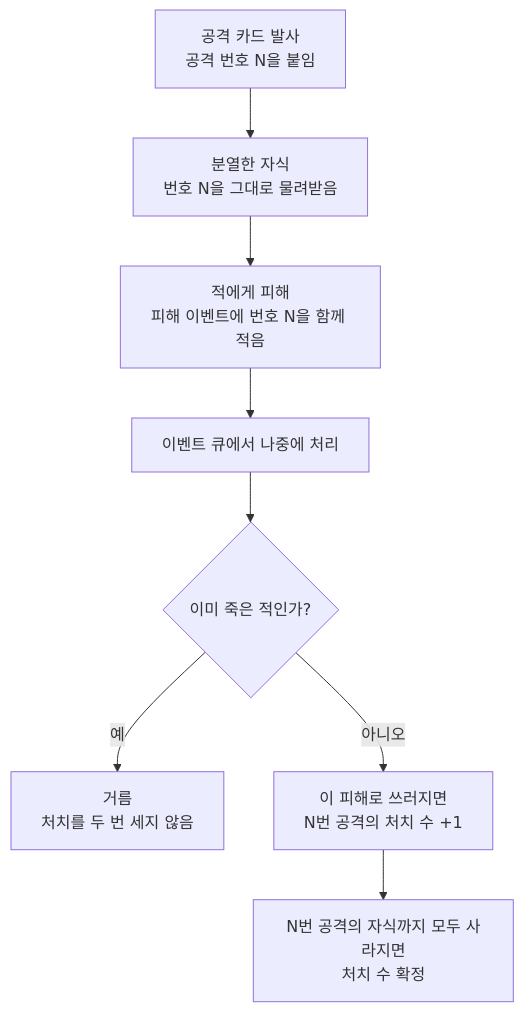
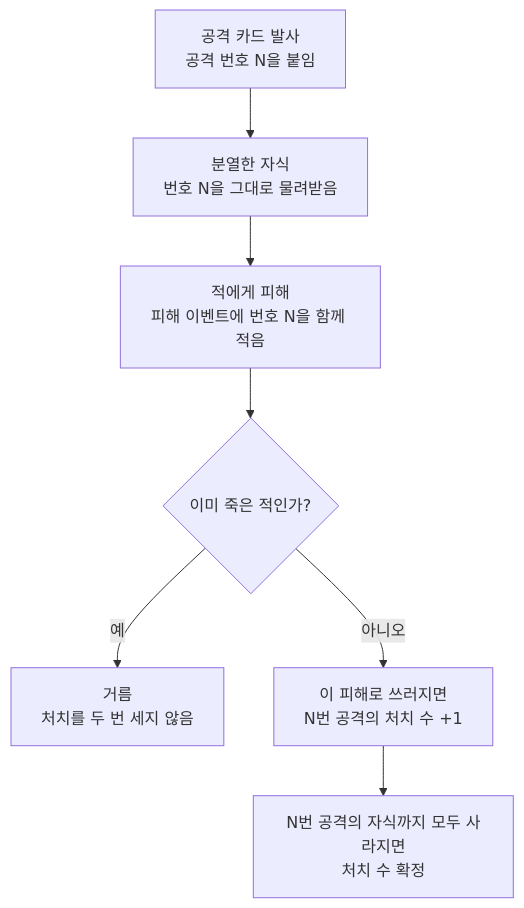
The tenth of 13 diagrams in src/03-MagiCard/프로젝트문서.md (SaGiKun4/portfolio-SaGiKun4), drawn with Mermaid before and after one commit. The commit also changed other lines of this file and 89 other files, not shown here.

````diff
--- a/src/03-MagiCard/프로젝트문서.md
+++ b/src/03-MagiCard/프로젝트문서.md
@@ -593,10 +516,9 @@
 ```mermaid
 flowchart TB
     A["공격 카드 발사<br/>공격 번호 N을 붙임"] --> B["분열한 자식<br/>번호 N을 그대로 물려받음"]
     B --> C["적에게 피해<br/>피해 이벤트에 번호 N을 함께 적음"]
-    C --> D["이벤트 큐에서 나중에 처리"]
-    D --> E{"이미 죽은 적인가?"}
+    C --> E{"이미 죽은 적인가?"}
     E -->|"예"| X["거름<br/>처치를 두 번 세지 않음"]
     E -->|"아니오"| F["이 피해로 쓰러지면<br/>N번 공격의 처치 수 +1"]
     F --> G["N번 공격의 자식까지 모두 사라지면<br/>처치 수 확정"]
 ```
````
